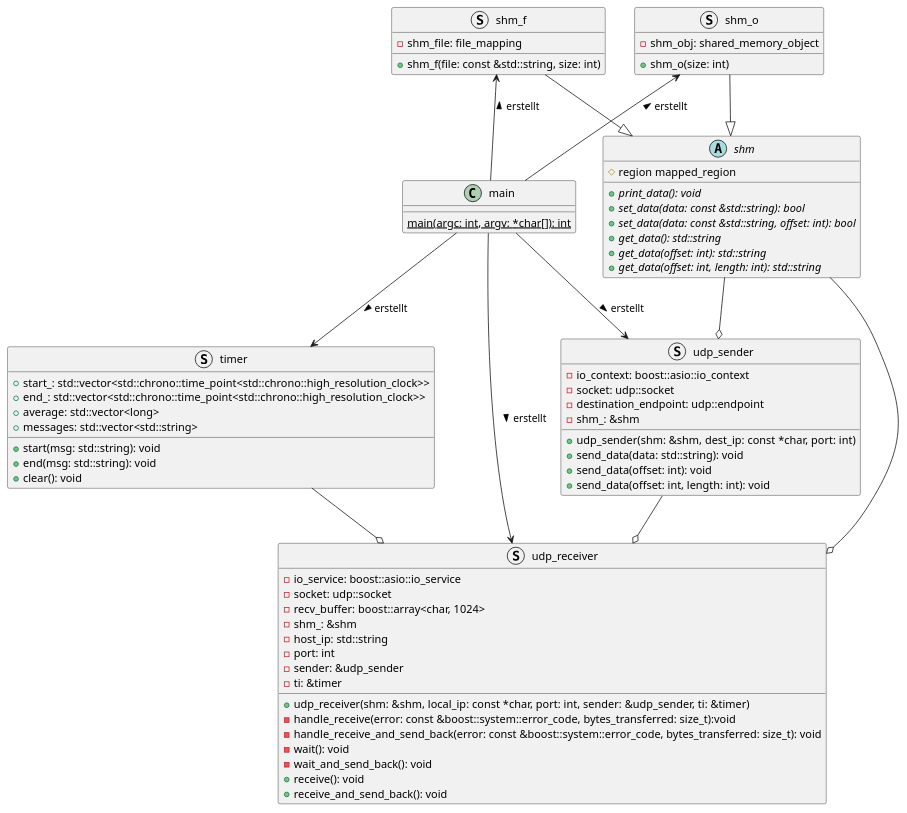
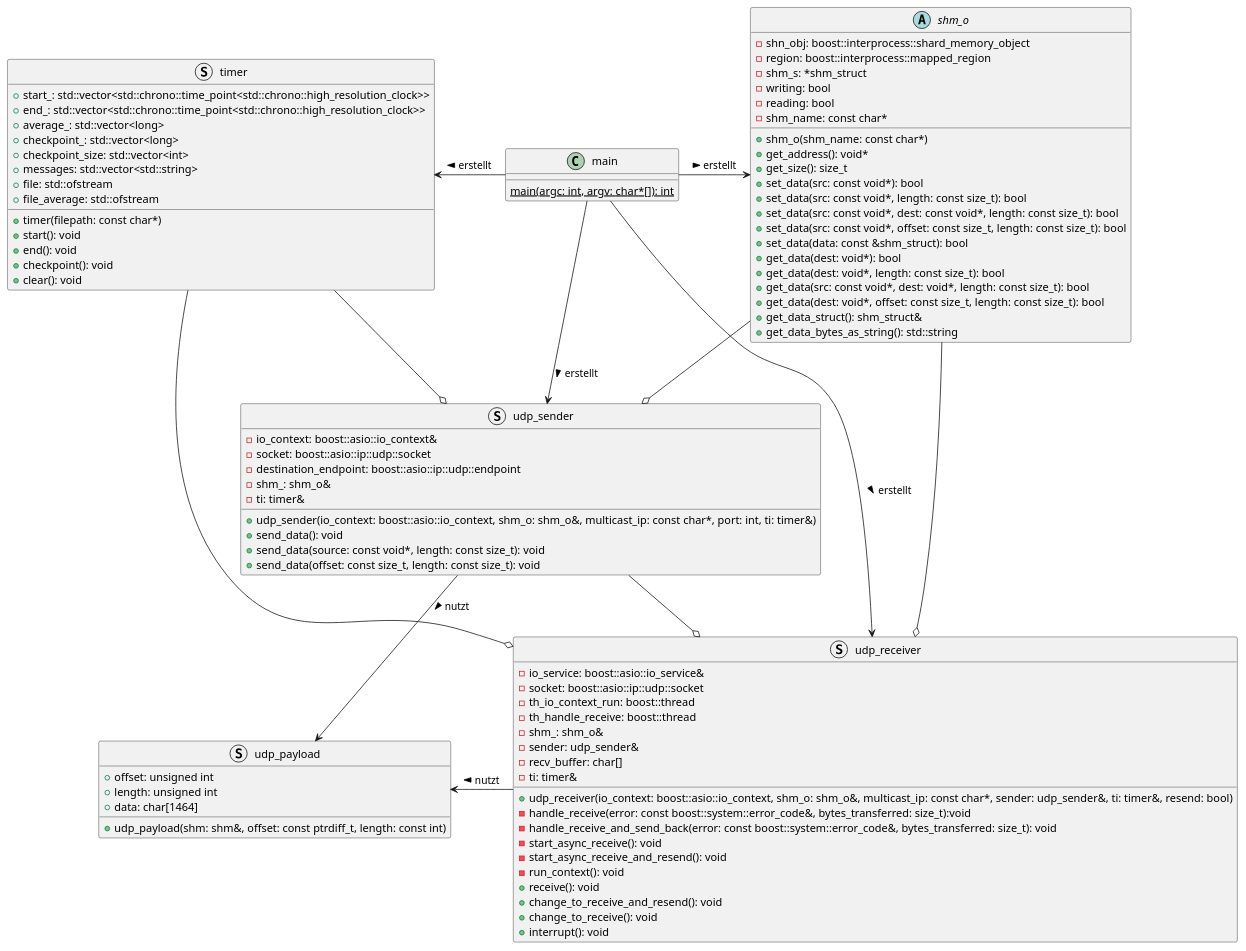
The diagram in docs/classdiagram.puml (niklasdie/Bachelorarbeit_RM), drawn with PlantUML before and after one commit. The commit also changed 6 other files, not shown here.

Commit message:
UML Diagramme bearbeitet, kleine Verbesserungen

```diff
--- a/docs/classdiagram.puml
+++ b/docs/classdiagram.puml
@@ -1,85 +1,101 @@
 @startuml
 
 class main{
-{static}main(argc: int, argv: *char[]): int
+{static}main(argc: int, argv: char*[]): int
 }
 
 together {
-abstract shm{
-#region mapped_region
-+{abstract}print_data(): void
-+{abstract}set_data(data: const &std::string): bool
-+{abstract}set_data(data: const &std::string, offset: int): bool
-+{abstract}get_data(): std::string
-+{abstract}get_data(offset: int): std::string
-+{abstract}get_data(offset: int, length: int): std::string
+abstract shm_o{
+-shn_obj: boost::interprocess::shard_memory_object
+-region: boost::interprocess::mapped_region
+-shm_s: *shm_struct
+-writing: bool
+-reading: bool
+-shm_name: const char*
++shm_o(shm_name: const char*)
++get_address(): void*
++get_size(): size_t
++set_data(src: const void*): bool
++set_data(src: const void*, length: const size_t): bool
++set_data(src: const void*, dest: const void*, length: const size_t): bool
++set_data(src: const void*, offset: const size_t, length: const size_t): bool
++set_data(data: const &shm_struct): bool
++get_data(dest: void*): bool
++get_data(dest: void*, length: const size_t): bool
++get_data(src: const void*, dest: void*, length: const size_t): bool
++get_data(dest: void*, offset: const size_t, length: const size_t): bool
++get_data_struct(): shm_struct&
++get_data_bytes_as_string(): std::string
 }
 
-struct shm_o{
-+shm_o(size: int)
--shm_obj: shared_memory_object
-}
-
-struct shm_f{
-+shm_f(file: const &std::string, size: int)
--shm_file: file_mapping
-}
-}
-
-shm <|-up- shm_o
-shm <|-up- shm_f
-
-together {
 struct udp_sender {
--io_context: boost::asio::io_context
--socket: udp::socket
--destination_endpoint: udp::endpoint
--shm_: &shm
-+udp_sender(shm: &shm, dest_ip: const *char, port: int)
-+send_data(data: std::string): void
-+send_data(offset: int): void
-+send_data(offset: int, length: int): void
+-io_context: boost::asio::io_context&
+-socket: boost::asio::ip::udp::socket
+-destination_endpoint: boost::asio::ip::udp::endpoint
+-shm_: shm_o&
+-ti: timer&
++udp_sender(io_context: boost::asio::io_context, shm_o: shm_o&, multicast_ip: const char*, port: int, ti: timer&)
++send_data(): void
++send_data(source: const void*, length: const size_t): void
++send_data(offset: const size_t, length: const size_t): void
 }
 
 struct udp_receiver{
--io_service: boost::asio::io_service
--socket: udp::socket
--recv_buffer: boost::array<char, 1024>
--shm_: &shm
--host_ip: std::string
--port: int
--sender: &udp_sender
--ti: &timer
-+udp_receiver(shm: &shm, local_ip: const *char, port: int, sender: &udp_sender, ti: &timer)
--handle_receive(error: const &boost::system::error_code, bytes_transferred: size_t):void
--handle_receive_and_send_back(error: const &boost::system::error_code, bytes_transferred: size_t): void
--wait(): void
--wait_and_send_back(): void
+-io_service: boost::asio::io_service&
+-socket: boost::asio::ip::udp::socket
+-th_io_context_run: boost::thread
+-th_handle_receive: boost::thread
+-shm_: shm_o&
+-sender: udp_sender&
+-recv_buffer: char[]
+-ti: timer&
++udp_receiver(io_context: boost::asio::io_context, shm_o: shm_o&, multicast_ip: const char*, sender: udp_sender&, ti: timer&, resend: bool)
+-handle_receive(error: const boost::system::error_code&, bytes_transferred: size_t):void
+-handle_receive_and_send_back(error: const boost::system::error_code&, bytes_transferred: size_t): void
+-start_async_receive(): void
+-start_async_receive_and_resend(): void
+-run_context(): void
 +receive(): void
-+receive_and_send_back(): void
++change_to_receive_and_resend(): void
++change_to_receive(): void
++interrupt(): void
 }
+
+struct udp_payload {
++offset: unsigned int
++length: unsigned int
++data: char[1464]
++udp_payload(shm: shm&, offset: const ptrdiff_t, length: const int)
 }
 
 struct timer{
 +start_: std::vector<std::chrono::time_point<std::chrono::high_resolution_clock>>
 +end_: std::vector<std::chrono::time_point<std::chrono::high_resolution_clock>>
-+average: std::vector<long>
++average_: std::vector<long>
++checkpoint_: std::vector<long>
++checkpoint_size: std::vector<int>
 +messages: std::vector<std::string>
-+start(msg: std::string): void
-+end(msg: std::string): void
++file: std::ofstream
++file_average: std::ofstream
++timer(filepath: const char*)
++start(): void
++end(): void
++checkpoint(): void
 +clear(): void
 }
 
-udp_sender o-up- shm
-udp_receiver o-up- shm
+udp_sender o-up- shm_o
+udp_sender o-up- timer
+udp_receiver o-up- shm_o
 udp_receiver o-up- udp_sender
 udp_receiver o-up- timer
 
-main -up-> shm_o: erstellt >
-main -up-> shm_f: erstellt >
+main -right-> shm_o: erstellt >
 main -down-> udp_sender: erstellt >
 main -down-> udp_receiver: erstellt >
-main -right-> timer: erstellt >
+main -left-> timer: erstellt >
+udp_sender -down-> udp_payload: nutzt >
+udp_receiver -left-> udp_payload: nutzt >
 
 
 @enduml
```
